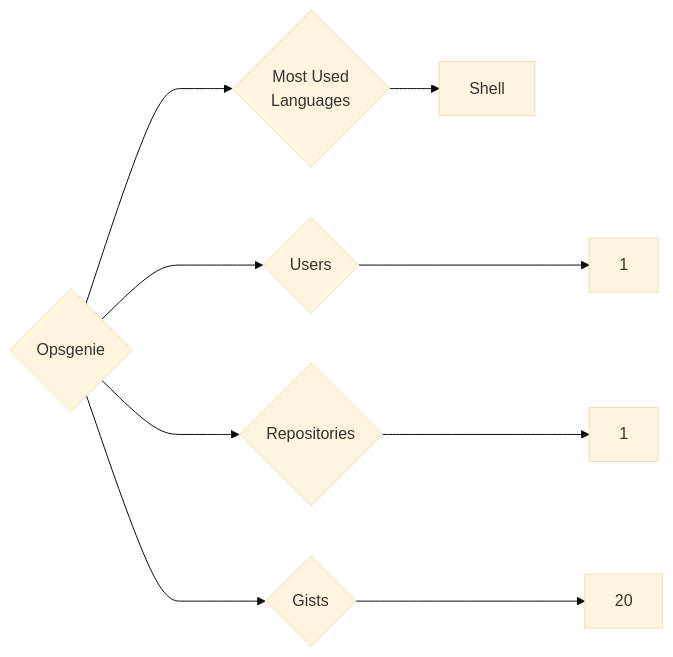
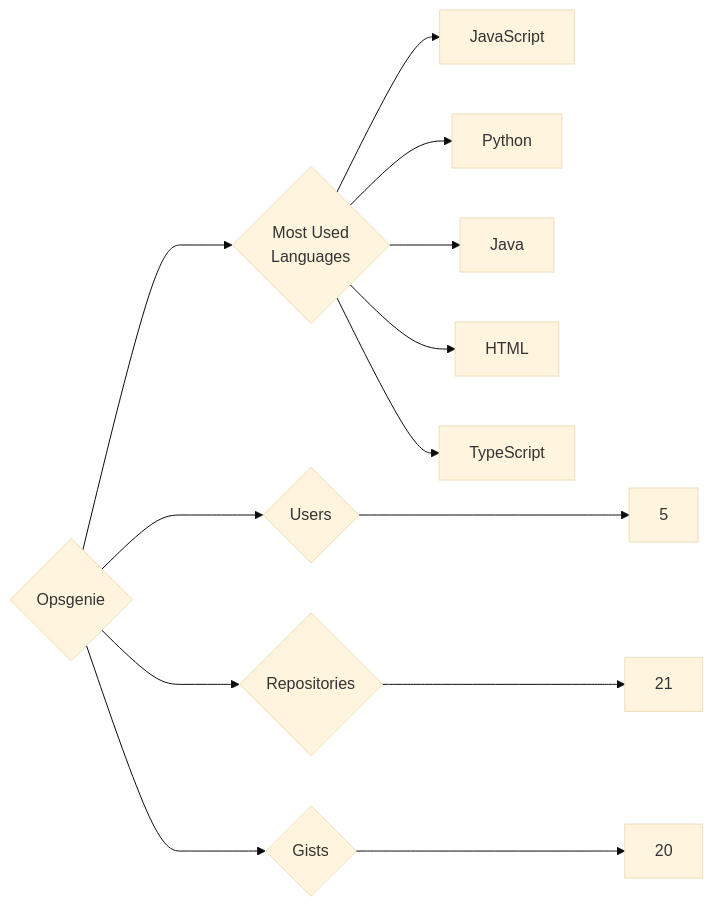
The diagram in targets/Opsgenie/README.md (trickest/insiders), drawn with Mermaid (base theme) before and after one commit. The commit also changed 748 other files, not shown here.

````diff
--- a/targets/Opsgenie/README.md
+++ b/targets/Opsgenie/README.md
@@ -3,9 +3,13 @@
 ```mermaid
 graph LR
 COMPANY_NAME{Opsgenie}
-COMPANY_NAME ---> U{Users} ---> UN[1]
-COMPANY_NAME ---> R{Repositories} ---> RN[1]
+COMPANY_NAME ---> U{Users} ---> UN[5]
+COMPANY_NAME ---> R{Repositories} ---> RN[21]
 COMPANY_NAME ---> G{Gists} ---> GN[20]
 COMPANY_NAME ---> ML{Most Used<br>Languages}
-ML --> Shell[Shell]
+ML --> JavaScript[JavaScript]
+ML --> Python[Python]
+ML --> Java[Java]
+ML --> HTML[HTML]
+ML --> TypeScript[TypeScript]
 ```
````
